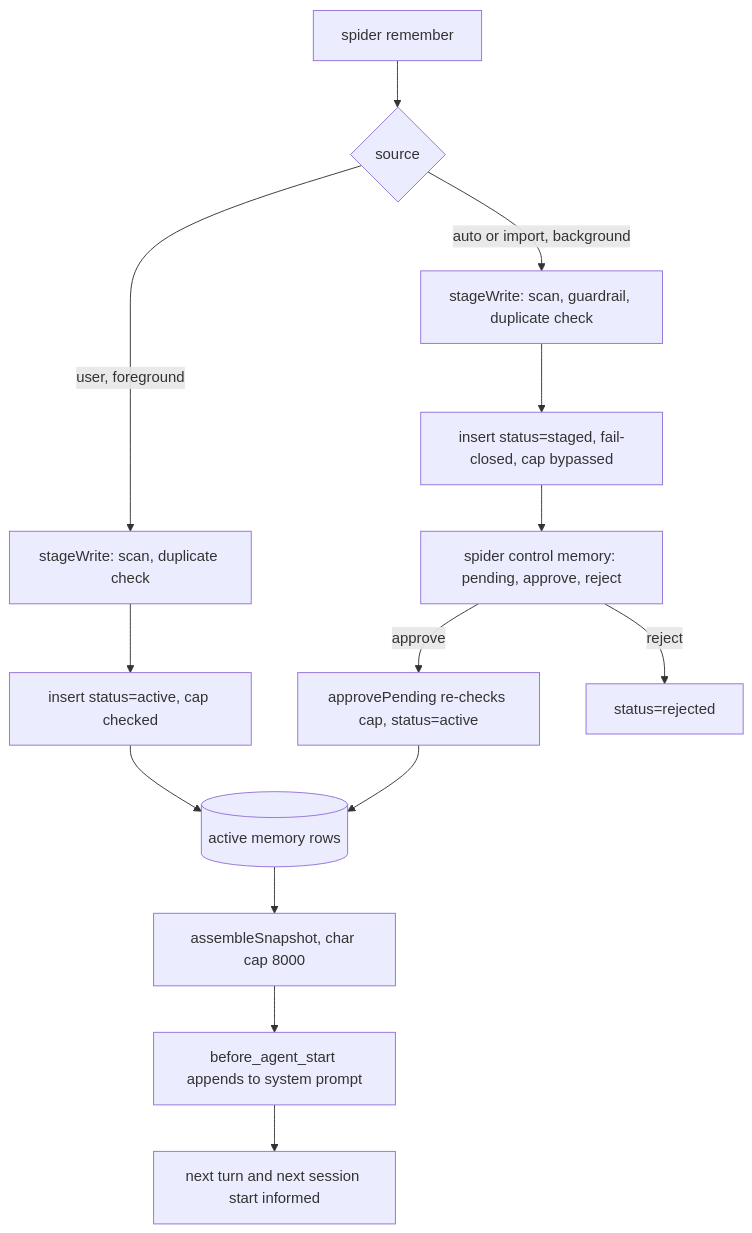
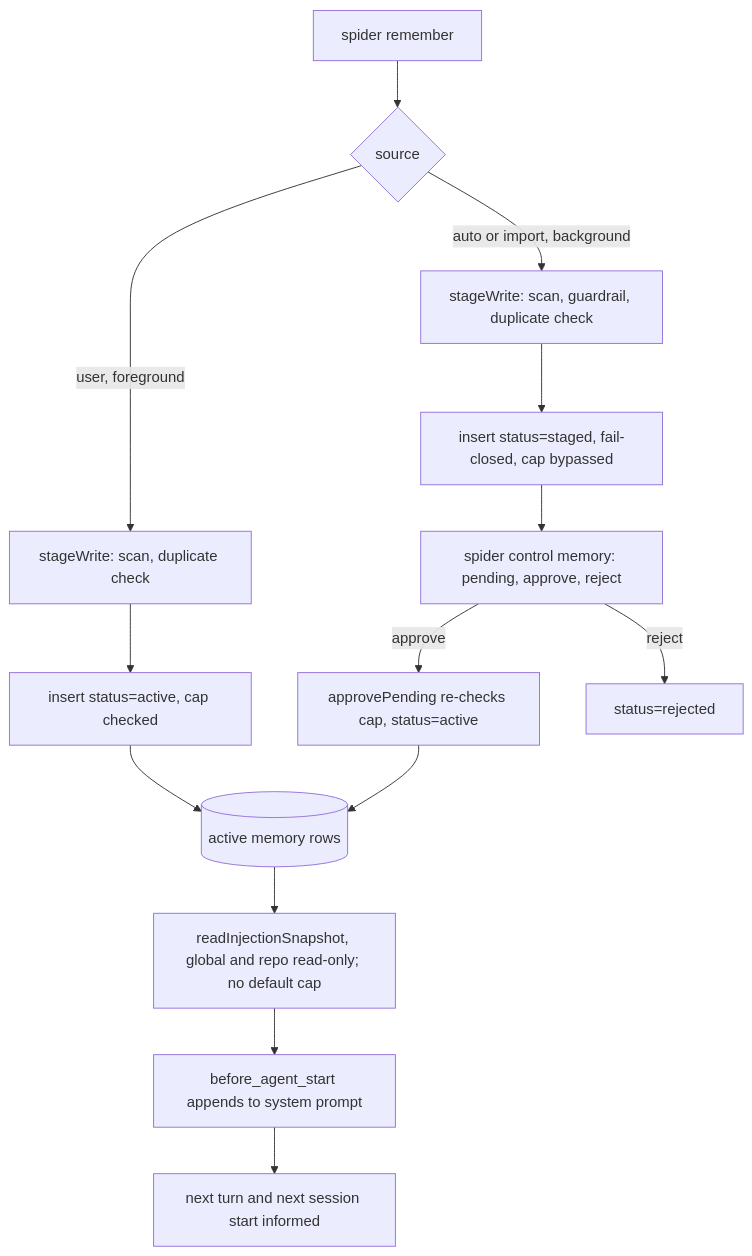
One commit to guru-irl/spider changed the second of 5 diagrams in docs/architecture/feedback-and-learning-loops.md. Above: the diagram before and after it, drawn with Mermaid. The commit also changed other lines of this file and 62 other files, not shown here.

````diff
--- a/docs/architecture/feedback-and-learning-loops.md
+++ b/docs/architecture/feedback-and-learning-loops.md
@@ -154,20 +159,20 @@
 ```mermaid
 flowchart TD
   R["spider remember"] --> SRC{"source"}
   SRC -->|"user, foreground"| SW1["stageWrite: scan, duplicate check"]
   SRC -->|"auto or import, background"| SW2["stageWrite: scan, guardrail, duplicate check"]
 
   SW1 --> ACT["insert status=active, cap checked"]
   SW2 --> STG["insert status=staged, fail-closed, cap bypassed"]
 
   STG --> REV["spider control memory: pending, approve, reject"]
   REV -->|approve| ACT2["approvePending re-checks cap, status=active"]
   REV -->|reject| REJ["status=rejected"]
 
   ACT --> AM[("active memory rows")]
   ACT2 --> AM
 
-  AM --> SNAP["assembleSnapshot, char cap 8000"]
+  AM --> SNAP["readInjectionSnapshot, global and repo read-only; no default cap"]
   SNAP --> INJ["before_agent_start appends to system prompt"]
   INJ --> NEXT["next turn and next session start informed"]
 ```
````
